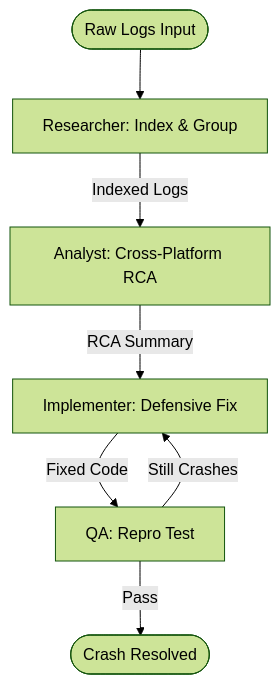
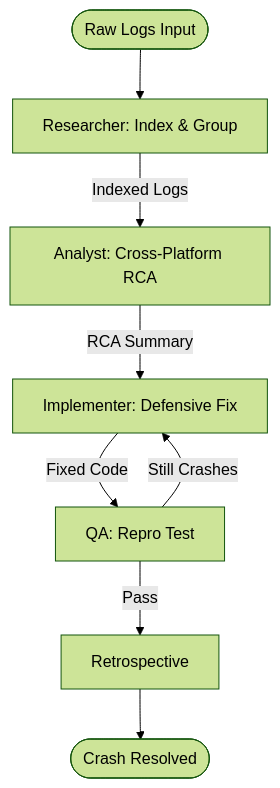
The diagram in custom-agents/workflows/maintenance/LogAnalyst.workflow.md (seanspiesman/Agents-and-Workflows), drawn with Mermaid (forest theme) before and after one commit. The commit also changed other lines of this file and 38 other files, not shown here.

````diff
--- a/custom-agents/workflows/maintenance/LogAnalyst.workflow.md
+++ b/custom-agents/workflows/maintenance/LogAnalyst.workflow.md
@@ -58,9 +66,10 @@
 ```mermaid
 flowchart TD
     Start([Raw Logs Input]) --> P1[Researcher: Index & Group]
     P1 -->|Indexed Logs| P2[Analyst: Cross-Platform RCA]
     P2 -->|RCA Summary| P3[Implementer: Defensive Fix]
     P3 -->|Fixed Code| P4[QA: Repro Test]
     P4 -->|Still Crashes| P3
-    P4 -->|Pass| End([Crash Resolved])
+    P4 -->|Pass| P5[Retrospective]
+    P5 --> End([Crash Resolved])
 ```
````
